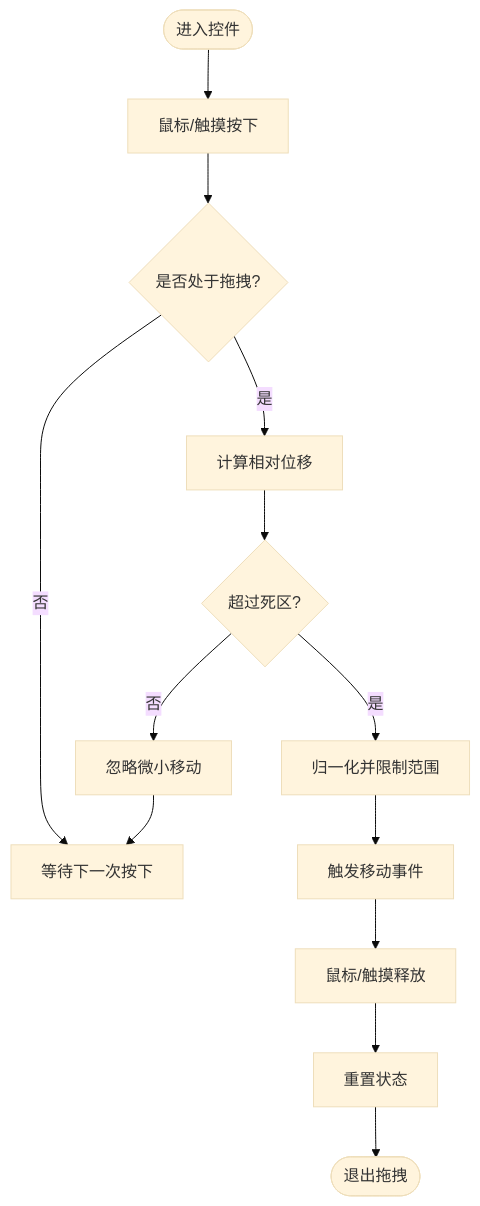
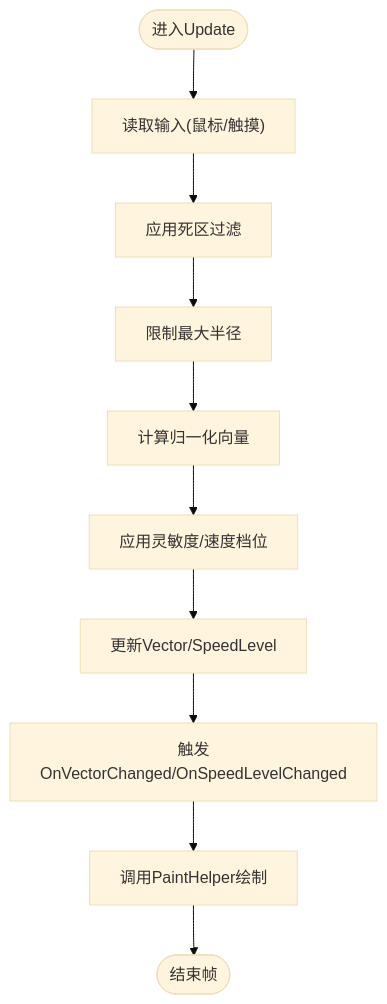
The third of 6 diagrams in .qoder/repowiki/zh/content/自定义控件库/高级控件.md (fuweiq94-cloud/3399180760), drawn with Mermaid (base theme) before and after one commit. The commit also changed other lines of this file and 94 other files, not shown here.

````diff
--- a/.qoder/repowiki/zh/content/自定义控件库/高级控件.md
+++ b/.qoder/repowiki/zh/content/自定义控件库/高级控件.md
@@ -156,15 +178,12 @@
 ```mermaid
 flowchart TD
-Start(["进入控件"]) --> Down["鼠标/触摸按下"]
-Down --> Drag{"是否处于拖拽?"}
-Drag --> |否| Wait["等待下一次按下"]
-Drag --> |是| Move["计算相对位移"]
-Move --> Deadzone{"超过死区?"}
-Deadzone --> |否| Ignore["忽略微小移动"]
-Deadzone --> |是| Normalize["归一化并限制范围"]
-Normalize --> Emit["触发移动事件"]
-Emit --> Release["鼠标/触摸释放"]
-Release --> Reset["重置状态"]
-Reset --> End(["退出拖拽"])
-Ignore --> Wait
+Start(["进入Update"]) --> ReadInput["读取输入(鼠标/触摸)"]
+ReadInput --> ApplyDeadzone["应用死区过滤"]
+ApplyDeadzone --> ClampRadius["限制最大半径"]
+ClampRadius --> ComputeVector["计算归一化向量"]
+ComputeVector --> ApplySensitivity["应用灵敏度/速度档位"]
+ApplySensitivity --> UpdateState["更新Vector/SpeedLevel"]
+UpdateState --> NotifyEvents["触发OnVectorChanged/OnSpeedLevelChanged"]
+NotifyEvents --> Render["调用PaintHelper绘制"]
+Render --> End(["结束帧"])
 ```
````
